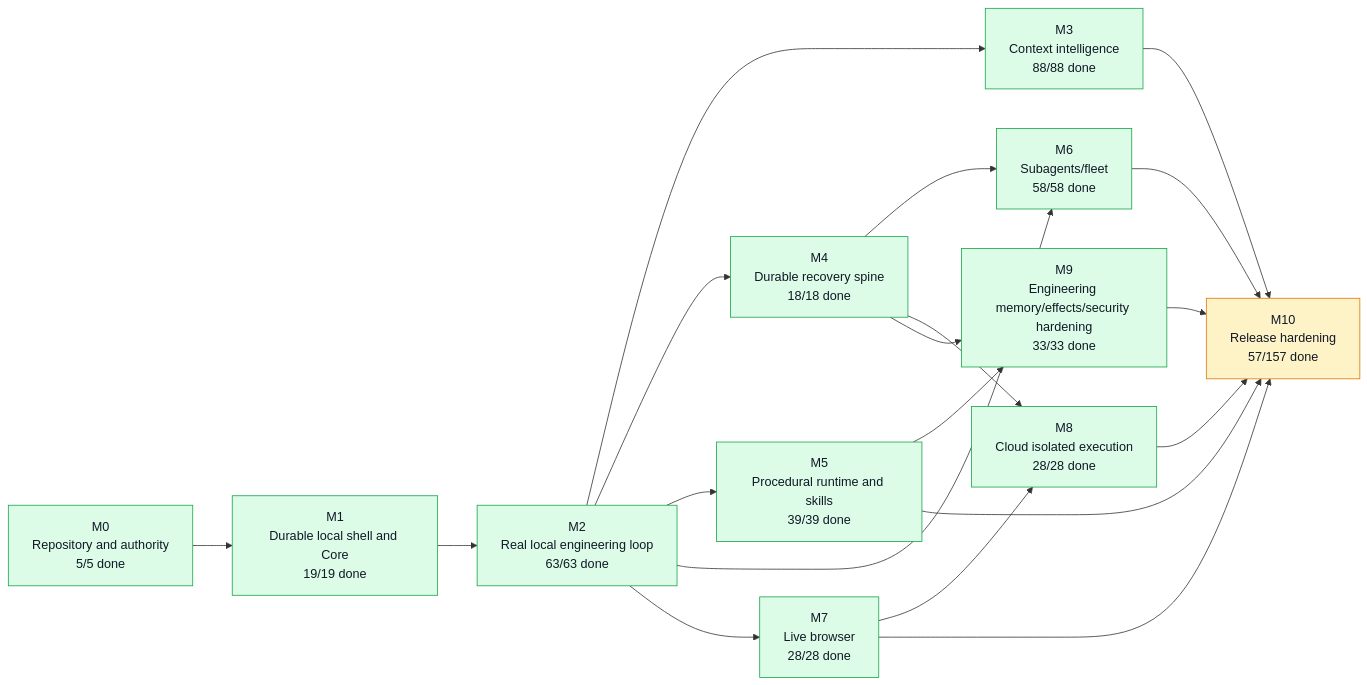
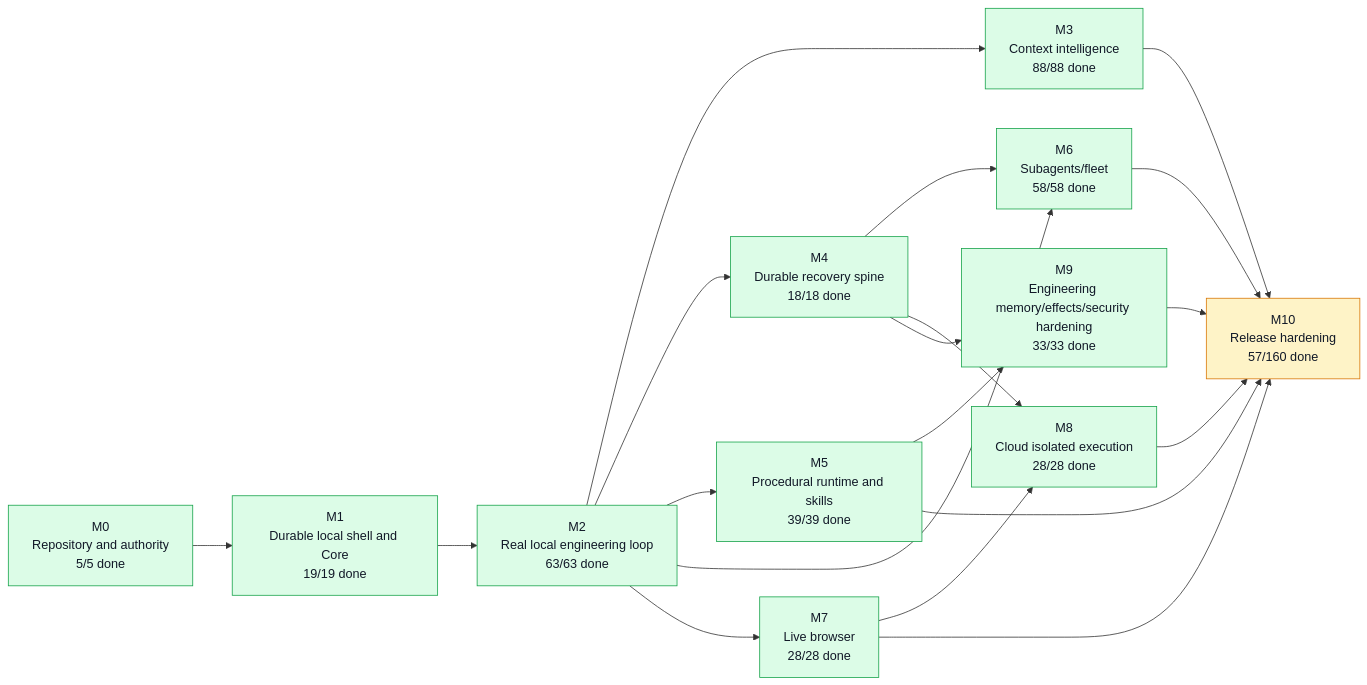
One commit to moss101/modbit changed the first of 5 diagrams in graph/PROJECT_GRAPH.md. Above: the diagram before and after it, drawn with Mermaid. The commit also changed other lines of this file and 28 other files, not shown here.

````diff
--- a/graph/PROJECT_GRAPH.md
+++ b/graph/PROJECT_GRAPH.md
@@ -57,43 +57,43 @@
 ```mermaid
 flowchart LR
   M0["M0<br/>Repository and authority<br/>5/5 done"]
   M1["M1<br/>Durable local shell and Core<br/>19/19 done"]
   M2["M2<br/>Real local engineering loop<br/>63/63 done"]
   M3["M3<br/>Context intelligence<br/>88/88 done"]
   M4["M4<br/>Durable recovery spine<br/>18/18 done"]
   M5["M5<br/>Procedural runtime and skills<br/>39/39 done"]
   M6["M6<br/>Subagents/fleet<br/>58/58 done"]
   M7["M7<br/>Live browser<br/>28/28 done"]
   M8["M8<br/>Cloud isolated execution<br/>28/28 done"]
   M9["M9<br/>Engineering memory/effects/security hardening<br/>33/33 done"]
-  M10["M10<br/>Release hardening<br/>57/157 done"]
+  M10["M10<br/>Release hardening<br/>57/160 done"]
   M0 --> M1
   M1 --> M2
   M2 --> M3
   M2 --> M4
   M2 --> M5
   M2 --> M6
   M4 --> M6
   M2 --> M7
   M4 --> M8
   M7 --> M8
   M4 --> M9
   M5 --> M9
   M3 --> M10
   M5 --> M10
   M6 --> M10
   M7 --> M10
   M8 --> M10
   M9 --> M10
   style M0 fill:#dcfce7,stroke:#16a34a,color:#111827
   style M1 fill:#dcfce7,stroke:#16a34a,color:#111827
   style M2 fill:#dcfce7,stroke:#16a34a,color:#111827
   style M3 fill:#dcfce7,stroke:#16a34a,color:#111827
   style M4 fill:#dcfce7,stroke:#16a34a,color:#111827
   style M5 fill:#dcfce7,stroke:#16a34a,color:#111827
   style M6 fill:#dcfce7,stroke:#16a34a,color:#111827
   style M7 fill:#dcfce7,stroke:#16a34a,color:#111827
   style M8 fill:#dcfce7,stroke:#16a34a,color:#111827
   style M9 fill:#dcfce7,stroke:#16a34a,color:#111827
   style M10 fill:#fef3c7,stroke:#d97706,color:#111827
 ```
````
